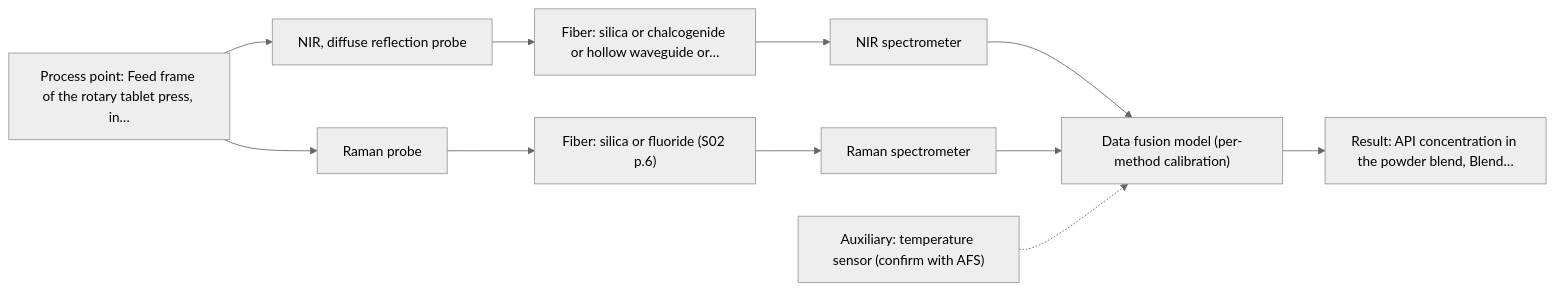
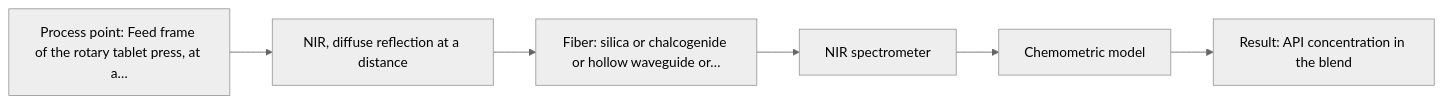
The first of 2 diagrams in outputs/dev/D01.md (sleipnir029/Afs-Spectroscopy-Assistant), drawn with Mermaid (neutral theme) before and after one commit. The commit also changed other lines of this file and 18 other files, not shown here.

````diff
--- a/outputs/dev/D01.md
+++ b/outputs/dev/D01.md
@@ -49,23 +36,14 @@
 ```mermaid
 flowchart LR
-    proc["Process point: Feed frame of the rotary tablet press, in…"]
-    probe1["NIR, diffuse reflection probe"]
+    proc["Process point: Feed frame of the rotary tablet press, at a…"]
+    probe1["NIR, diffuse reflection at a distance"]
     fiber1["Fiber: silica or chalcogenide or hollow waveguide or…"]
     spec1["NIR spectrometer"]
-    probe2["Raman probe"]
-    fiber2["Fiber: silica or fluoride (S02 p.6)"]
-    spec2["Raman spectrometer"]
-    model["Data fusion model (per-method calibration)"]
-    result["Result: API concentration in the powder blend, Blend…"]
-    aux1["Auxiliary: temperature sensor (confirm with AFS)"]
+    model["Chemometric model"]
+    result["Result: API concentration in the blend"]
     proc --> probe1
     probe1 --> fiber1
     fiber1 --> spec1
     spec1 --> model
-    proc --> probe2
-    probe2 --> fiber2
-    fiber2 --> spec2
-    spec2 --> model
     model --> result
-    aux1 -.-> model
 ```
````
